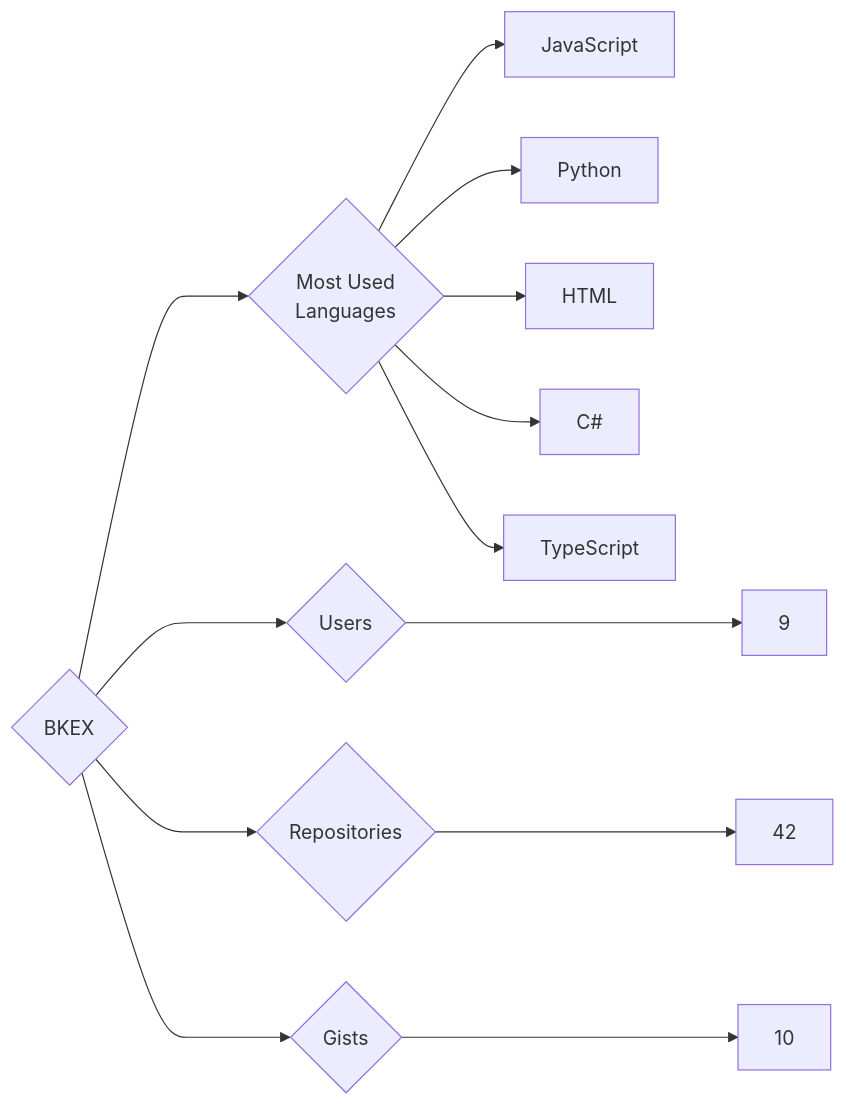
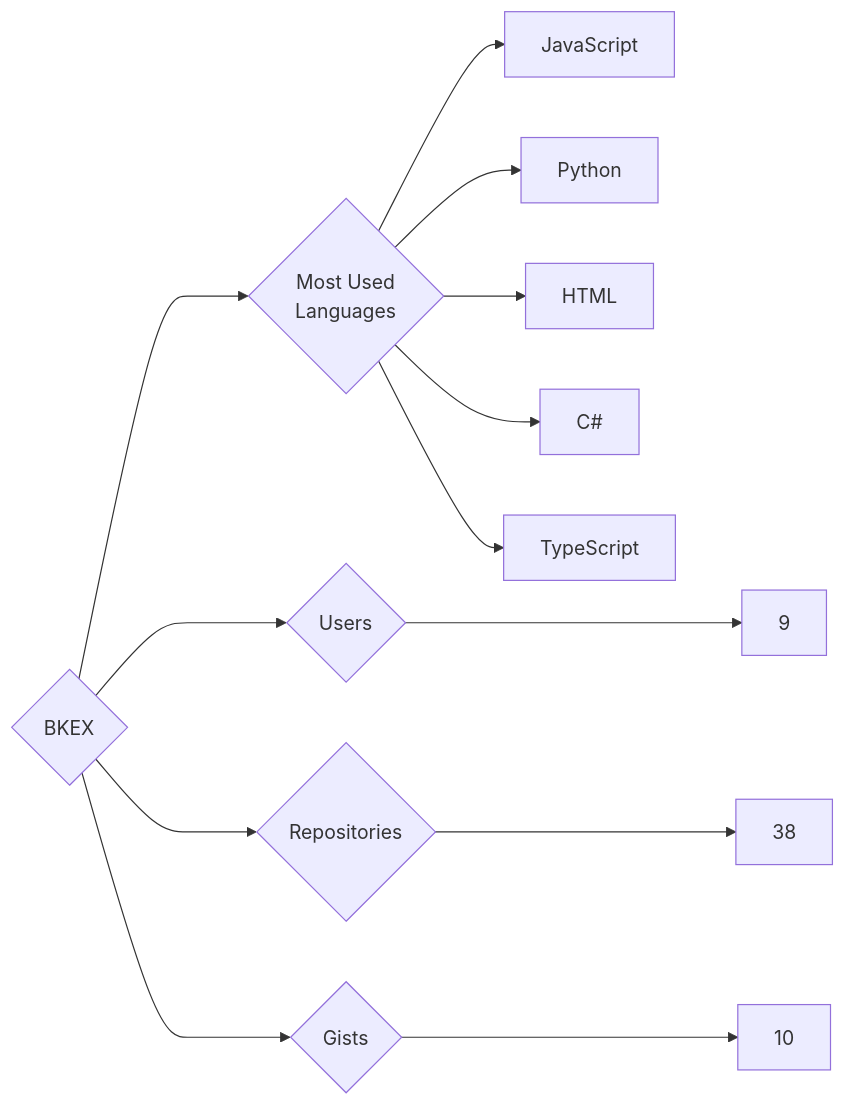
Before and after one commit to trickest/insiders: the diagram in targets/BKEX/README.md, drawn with Mermaid. The commit also changed 1055 other files, not shown here.

````diff
--- a/targets/BKEX/README.md
+++ b/targets/BKEX/README.md
@@ -3,13 +3,13 @@
 ```mermaid
 graph LR
 COMPANY_NAME{BKEX}
 COMPANY_NAME ---> U{Users} ---> UN[9]
-COMPANY_NAME ---> R{Repositories} ---> RN[42]
+COMPANY_NAME ---> R{Repositories} ---> RN[38]
 COMPANY_NAME ---> G{Gists} ---> GN[10]
 COMPANY_NAME ---> ML{Most Used<br>Languages}
 ML --> JavaScript[JavaScript]
 ML --> Python[Python]
 ML --> HTML[HTML]
 ML --> C#[C#]
 ML --> TypeScript[TypeScript]
 ```
````
